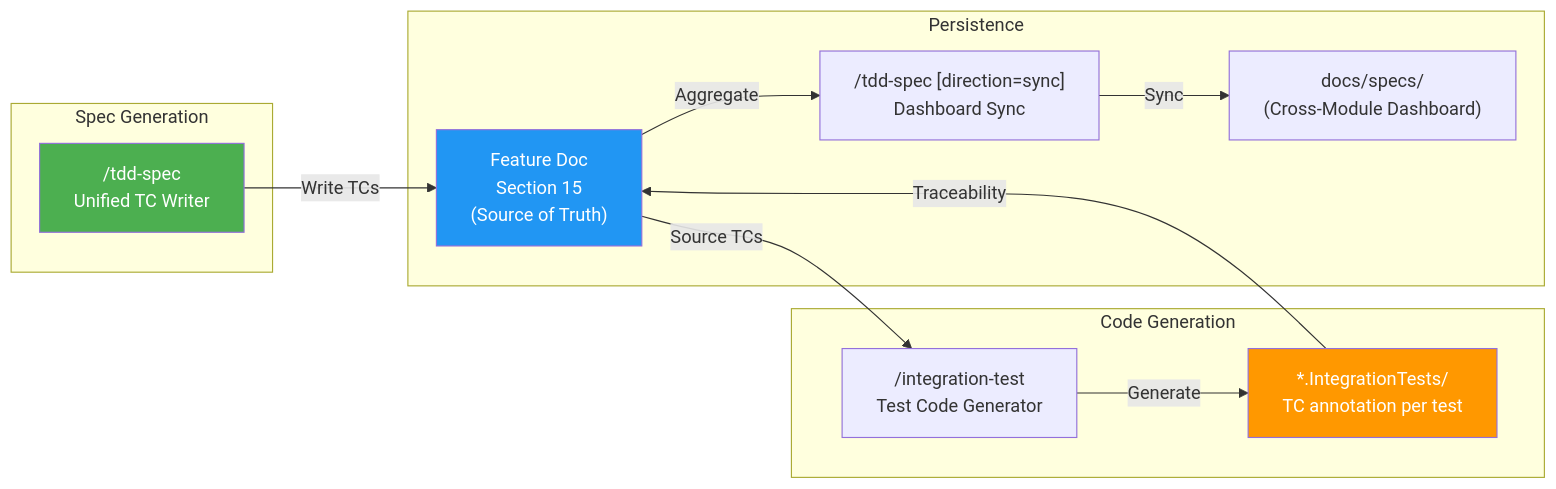
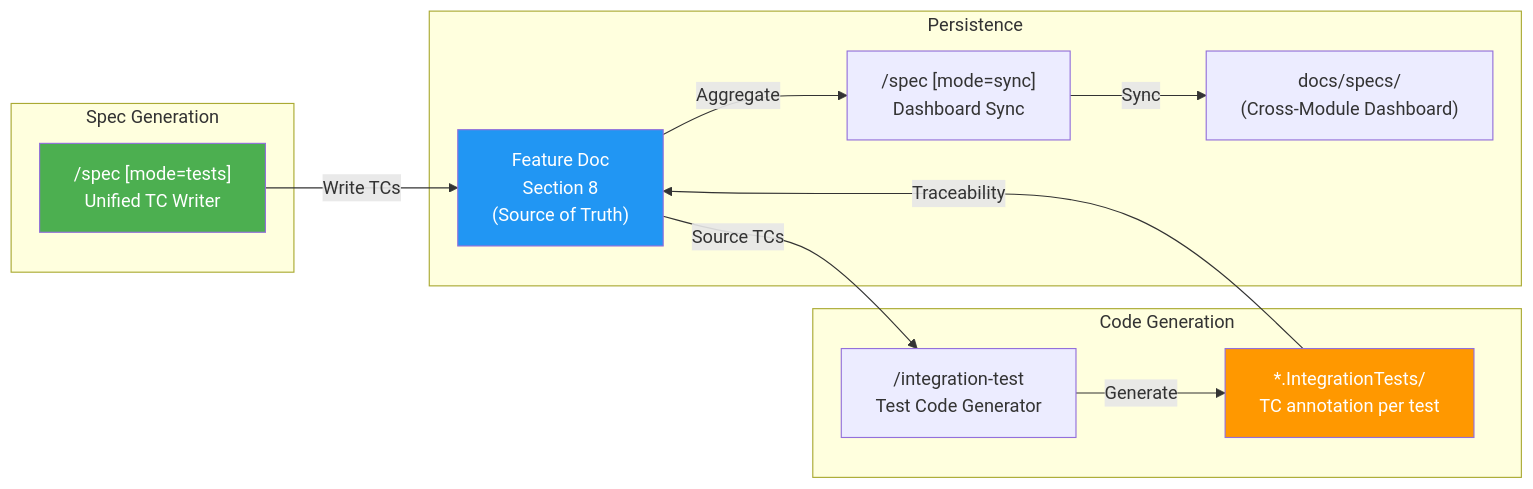
Before and after one commit to duc01226/EasyPlatform: diagram 14 of 20 in .claude/docs/claude-ai-agent-framework-guide.md, drawn with Mermaid. The commit also changed other lines of this file and 1207 other files, not shown here.

````diff
--- a/.claude/docs/claude-ai-agent-framework-guide.md
+++ b/.claude/docs/claude-ai-agent-framework-guide.md
@@ -1331,28 +1315,28 @@
 ```mermaid
 flowchart LR
     subgraph "Spec Generation"
-        TS["/tdd-spec<br/>Unified TC Writer"]
+        TS["/spec [mode=tests]<br/>Unified TC Writer"]
     end
 
     subgraph "Persistence"
-        FD["Feature Doc<br/>Section 15<br/>(Source of Truth)"]
-        TSD["/tdd-spec [direction=sync]<br/>Dashboard Sync"]
+        FD["Feature Doc<br/>Section 8<br/>(Source of Truth)"]
+        TSD["/spec [mode=sync]<br/>Dashboard Sync"]
         DASH["docs/specs/<br/>(Cross-Module Dashboard)"]
     end
 
     subgraph "Code Generation"
         IT["/integration-test<br/>Test Code Generator"]
         CODE["*.IntegrationTests/<br/>TC annotation per test"]
     end
 
     TS -->|"Write TCs"| FD
     FD -->|"Aggregate"| TSD
     TSD -->|"Sync"| DASH
     FD -->|"Source TCs"| IT
     IT -->|"Generate"| CODE
     CODE -->|"Traceability"| FD
 
     style TS fill:#4CAF50,color:white
     style FD fill:#2196F3,color:white
     style CODE fill:#FF9800,color:white
 ```
````
